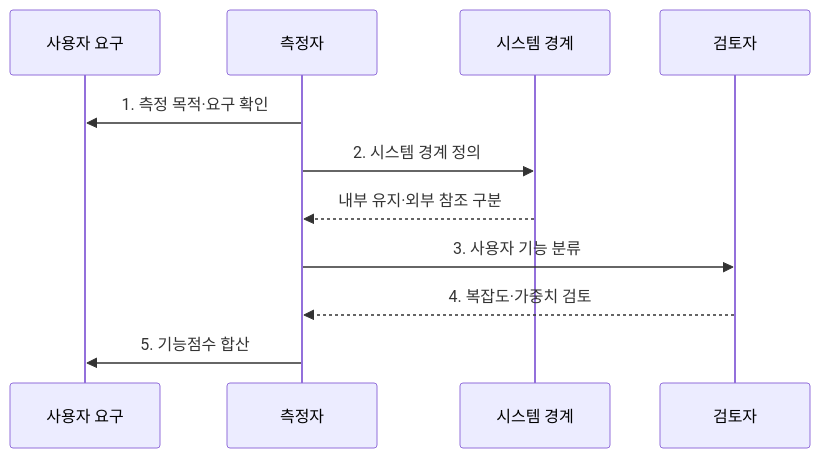
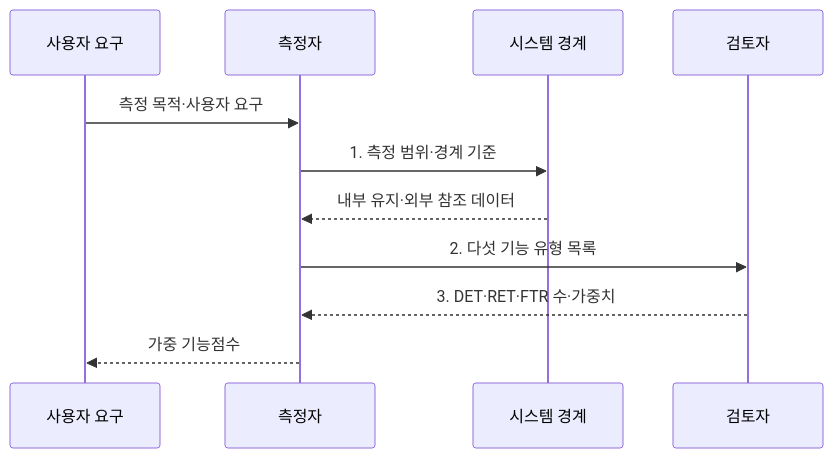
The second of 2 diagrams in src/content/docs/notes/03-software/073_function_point.md (agnusdei1207/knowledge-base), drawn with Mermaid before and after one commit. The commit also changed other lines of this file and 20 other files, not shown here.

````diff
--- a/src/content/docs/notes/03-software/073_function_point.md
+++ b/src/content/docs/notes/03-software/073_function_point.md
@@ -87,13 +102,13 @@
 ```mermaid
 sequenceDiagram
     participant U as 사용자 요구
     participant A as 측정자
     participant S as 시스템 경계
     participant R as 검토자
-    A->>U: 1. 측정 목적·요구 확인
-    A->>S: 2. 시스템 경계 정의
-    S-->>A: 내부 유지·외부 참조 구분
-    A->>R: 3. 사용자 기능 분류
-    R-->>A: 4. 복잡도·가중치 검토
-    A->>U: 5. 기능점수 합산
+    U->>A: 측정 목적·사용자 요구
+    A->>S: 1. 측정 범위·경계 기준
+    S-->>A: 내부 유지·외부 참조 데이터
+    A->>R: 2. 다섯 기능 유형 목록
+    R-->>A: 3. DET·RET·FTR 수·가중치
+    A-->>U: 가중 기능점수
 ```
````
